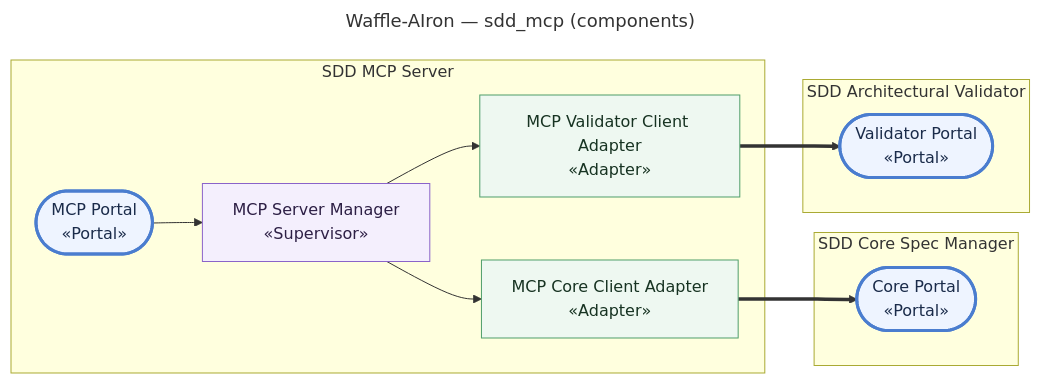
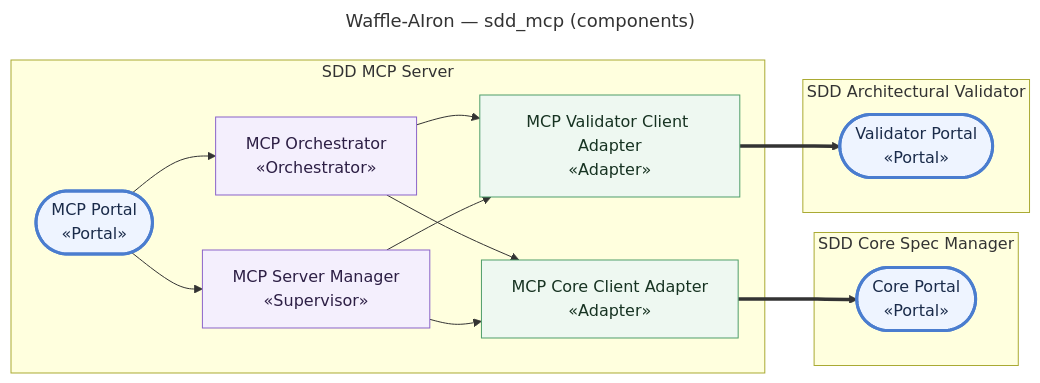
The diagram in .wai/docs/diagrams/subsystems/sdd_mcp.md (SYW-Apps/Waffle-AIron), drawn with Mermaid before and after one commit. The commit also changed 43 other files, not shown here.

````diff
--- a/.wai/docs/diagrams/subsystems/sdd_mcp.md
+++ b/.wai/docs/diagrams/subsystems/sdd_mcp.md
@@ -5,34 +5,38 @@
 ```mermaid
 ---
 title: "Waffle-AIron — sdd_mcp (components)"
 ---
 flowchart LR
   subgraph sub_sdd_mcp["SDD MCP Server"]
     mcp_core_adapter["MCP Core Client Adapter<br/>«Adapter»"]
+    mcp_orchestrator["MCP Orchestrator<br/>«Orchestrator»"]
     mcp_portal(["MCP Portal<br/>«Portal»"])
     mcp_server["MCP Server Manager<br/>«Supervisor»"]
     mcp_validator_adapter["MCP Validator Client Adapter<br/>«Adapter»"]
   end
   subgraph sub_sdd_core["SDD Core Spec Manager"]
     core_portal(["Core Portal<br/>«Portal»"])
   end
   subgraph sub_sdd_validator["SDD Architectural Validator"]
     validator_portal(["Validator Portal<br/>«Portal»"])
   end
   mcp_core_adapter ==> core_portal
+  mcp_orchestrator --> mcp_core_adapter
+  mcp_orchestrator --> mcp_validator_adapter
   mcp_portal --> mcp_server
+  mcp_portal --> mcp_orchestrator
   mcp_server --> mcp_core_adapter
   mcp_server --> mcp_validator_adapter
   mcp_validator_adapter ==> validator_portal
 
   classDef entry fill:#eef4ff,stroke:#4a7dcf,color:#1a2b4a;
   classDef logic fill:#f4effd,stroke:#8a63c9,color:#2d1f45;
   classDef data fill:#fdf6e3,stroke:#c9963f,color:#4a3517;
   classDef adapter fill:#eef8f1,stroke:#4f9e6b,color:#173322;
   classDef pattern fill:#f6f8fa,stroke:#6a737d,color:#24292e;
   classDef publicSurface stroke-width:3px;
   class mcp_core_adapter,mcp_validator_adapter adapter
+  class mcp_orchestrator,mcp_server logic
   class mcp_portal,core_portal,validator_portal entry
   class mcp_portal,core_portal,validator_portal publicSurface
-  class mcp_server logic
 ```
````
